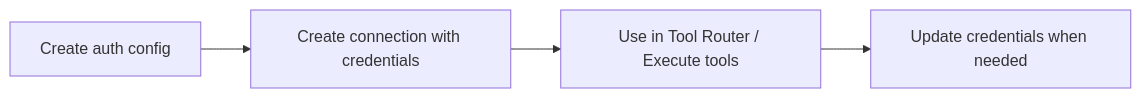
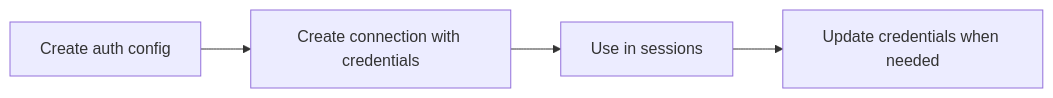
Before and after one commit to ComposioHQ/composio: the diagram in docs/content/docs/importing-existing-connections.mdx, drawn with Mermaid. The commit also changed other lines of this file and 70 other files, not shown here.

````diff
--- a/docs/content/docs/importing-existing-connections.mdx
+++ b/docs/content/docs/importing-existing-connections.mdx
@@ -16,6 +16,6 @@
 ```mermaid
 graph LR
     A[Create auth config] --> B[Create connection with credentials]
-    B --> C[Use in Tool Router / Execute tools]
+    B --> C[Use in sessions]
     C --> D[Update credentials when needed]
 ```
````
